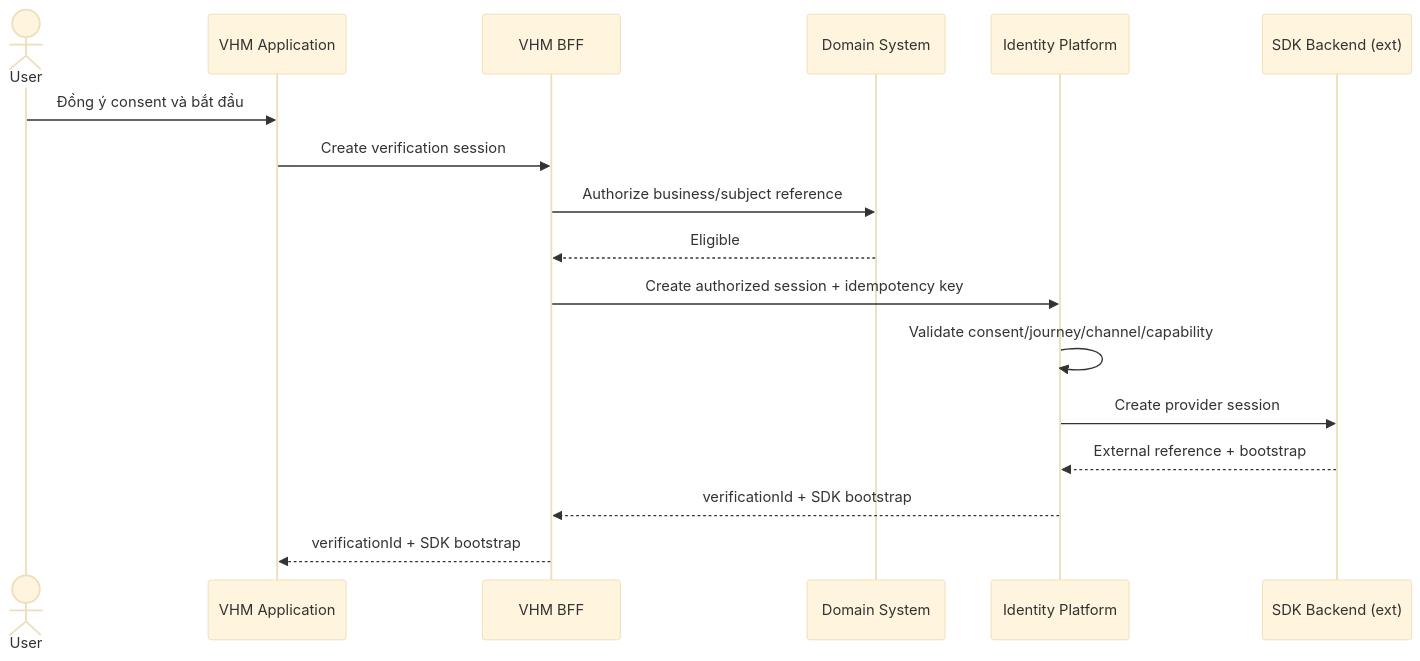
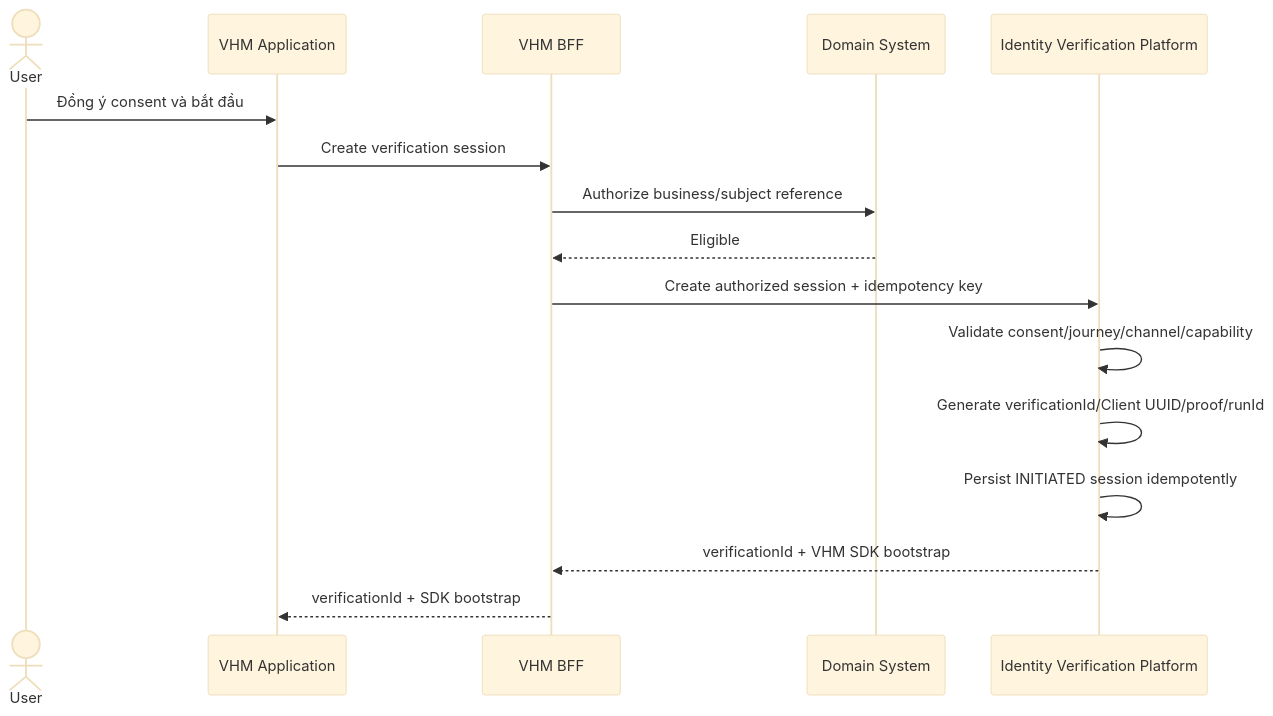
One commit to huynv-xyz/vhm changed diagram 13 of 23 in README.md. Above: the diagram before and after it, drawn with Mermaid (base theme). The commit also changed other lines of this file, not shown here.

````diff
--- a/README.md
+++ b/README.md
@@ -1729,19 +1845,18 @@
 ```mermaid
 sequenceDiagram
     actor User
     participant APP as VHM Application
     participant BFF as VHM BFF
     participant DOMAIN as Domain System
-    participant IV as Identity Platform
-    participant BACKEND as SDK Backend (ext)
+    participant IV as Identity Verification Platform
     User->>APP: Đồng ý consent và bắt đầu
     APP->>BFF: Create verification session
     BFF->>DOMAIN: Authorize business/subject reference
     DOMAIN-->>BFF: Eligible
     BFF->>IV: Create authorized session + idempotency key
     IV->>IV: Validate consent/journey/channel/capability
-    IV->>BACKEND: Create provider session
-    BACKEND-->>IV: External reference + bootstrap
-    IV-->>BFF: verificationId + SDK bootstrap
+    IV->>IV: Generate verificationId/Client UUID/proof/runId
+    IV->>IV: Persist INITIATED session idempotently
+    IV-->>BFF: verificationId + VHM SDK bootstrap
     BFF-->>APP: verificationId + SDK bootstrap
 ```
````
